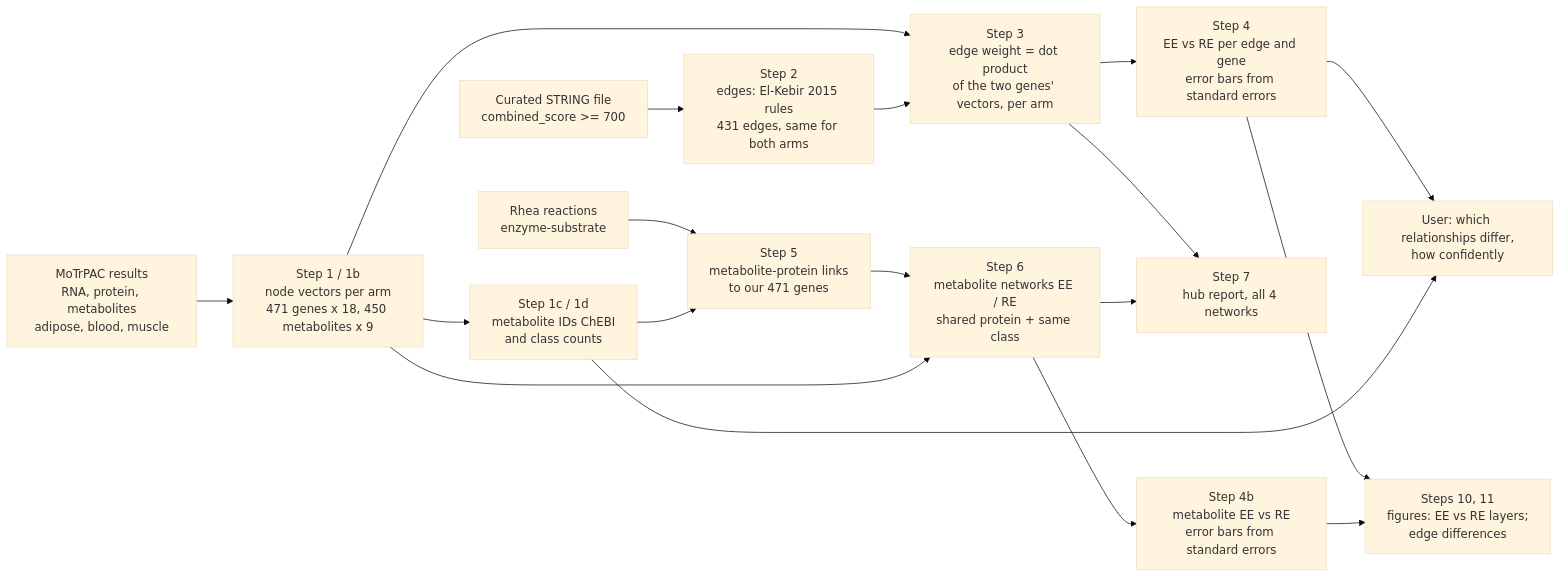
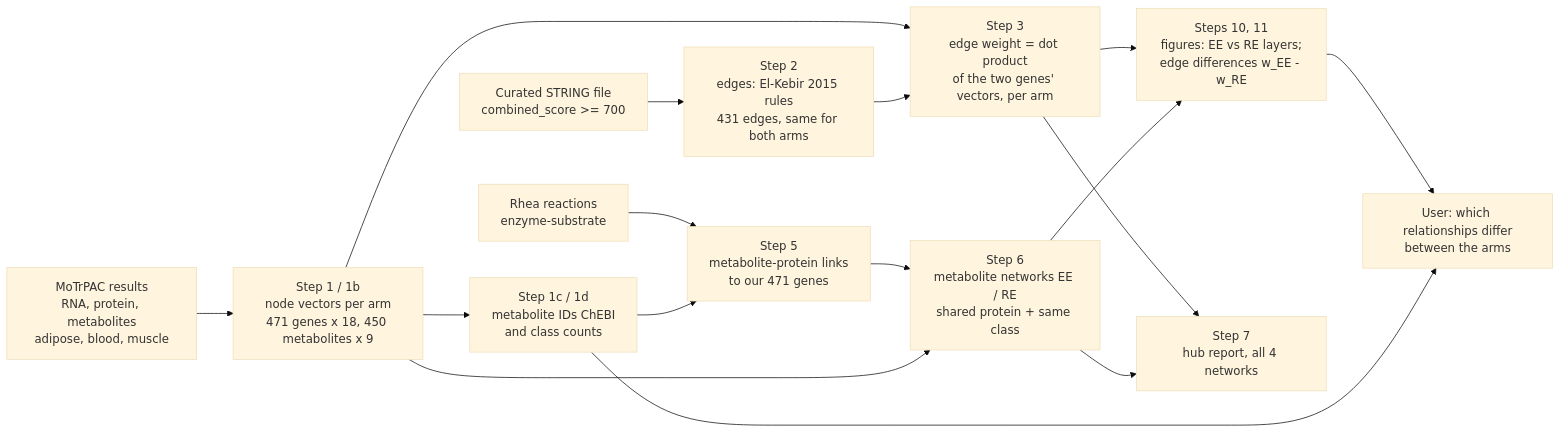
One commit to Stanford-Bioinformatics-Center/multiomics-hackathon-2026-track-1 changed the diagram in network/README.md. Above: the diagram before and after it, drawn with Mermaid (base theme). The commit also changed other lines of this file and 7 other files, not shown here.

````diff
--- a/network/README.md
+++ b/network/README.md
@@ -43,20 +43,18 @@
 ```mermaid
 flowchart LR
   A[MoTrPAC results<br/>RNA, protein, metabolites<br/>adipose, blood, muscle] --> B[Step 1 / 1b<br/>node vectors per arm<br/>471 genes x 18, 450 metabolites x 9]
   S[Curated STRING file<br/>combined_score >= 700] --> C[Step 2<br/>edges: El-Kebir 2015 rules<br/>431 edges, same for both arms]
   B --> D[Step 3<br/>edge weight = dot product<br/>of the two genes' vectors, per arm]
   C --> D
-  D --> E[Step 4<br/>EE vs RE per edge and gene<br/>error bars from standard errors]
   B --> F[Step 1c / 1d<br/>metabolite IDs ChEBI<br/>and class counts]
-  E --> U[User: which relationships differ,<br/>how confidently]
+  D --> P[Steps 10, 11<br/>figures: EE vs RE layers;<br/>edge differences w_EE - w_RE]
   R[Rhea reactions<br/>enzyme-substrate] --> G[Step 5<br/>metabolite-protein links<br/>to our 471 genes]
   F --> G
   G --> H[Step 6<br/>metabolite networks EE / RE<br/>shared protein + same class]
   B --> H
   D --> K[Step 7<br/>hub report, all 4 networks]
   H --> K
-  H --> M[Step 4b<br/>metabolite EE vs RE<br/>error bars from standard errors]
-  E --> P[Steps 10, 11<br/>figures: EE vs RE layers;<br/>edge differences]
-  M --> P
+  H --> P
+  P --> U[User: which relationships differ<br/>between the arms]
   F --> U
 ```
````
